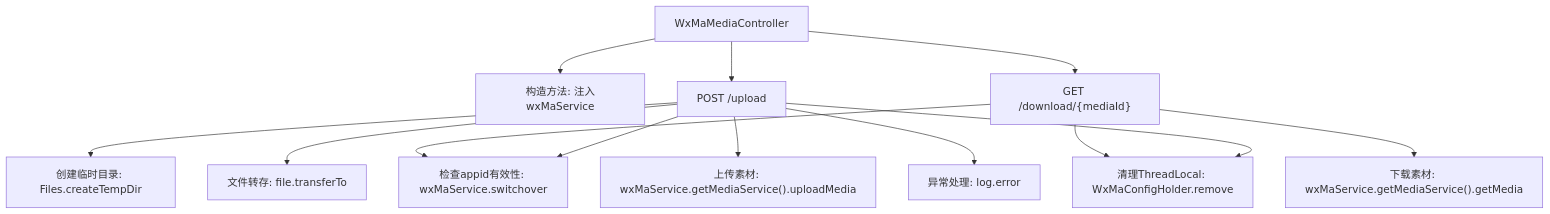
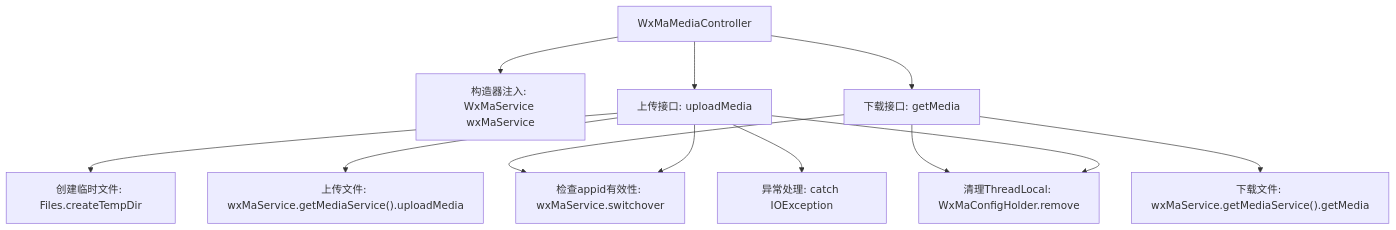
One commit to v-wjrong/binary_weixin-java-miniapp-demo changed the second of 3 diagrams in docs/zh/docs/src/main/java/com/github/binarywang/demo/wx/miniapp/controller/WxMaMediaController.md. Above: the diagram before and after it, drawn with Mermaid. The commit also changed other lines of this file and 50 other files, not shown here.

````diff
--- a/docs/zh/docs/src/main/java/com/github/binarywang/demo/wx/miniapp/controller/WxMaMediaController.md
+++ b/docs/zh/docs/src/main/java/com/github/binarywang/demo/wx/miniapp/controller/WxMaMediaController.md
@@ -81,27 +81,25 @@
 ```mermaid
 graph TD
     A["WxMaMediaController"]
-    B["构造方法: 注入wxMaService"]
-    C["POST /upload"]
-    D["GET /download/{mediaId}"]
+    B["构造器注入: WxMaService wxMaService"]
+    C["上传接口: uploadMedia"]
+    D["下载接口: getMedia"]
     E["检查appid有效性: wxMaService.switchover"]
-    F["创建临时目录: Files.createTempDir"]
-    G["文件转存: file.transferTo"]
-    H["上传素材: wxMaService.getMediaService().uploadMedia"]
+    F["创建临时文件: Files.createTempDir"]
+    G["上传文件: wxMaService.getMediaService().uploadMedia"]
+    H["下载文件: wxMaService.getMediaService().getMedia"]
     I["清理ThreadLocal: WxMaConfigHolder.remove"]
-    J["下载素材: wxMaService.getMediaService().getMedia"]
-    K["异常处理: log.error"]
+    J["异常处理: catch IOException"]
 
     A --> B
     A --> C
     A --> D
     C --> E
     C --> F
     C --> G
-    C --> H
     C --> I
-    C --> K
+    C --> J
     D --> E
-    D --> J
+    D --> H
     D --> I
 ```
````
